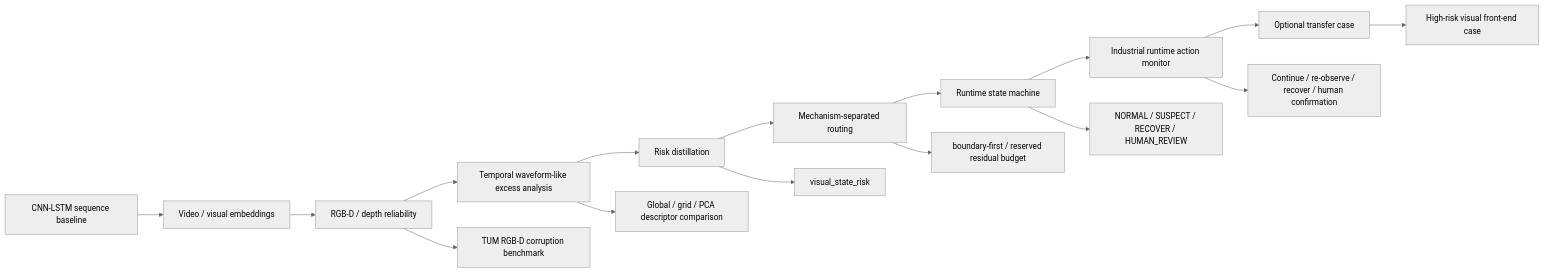
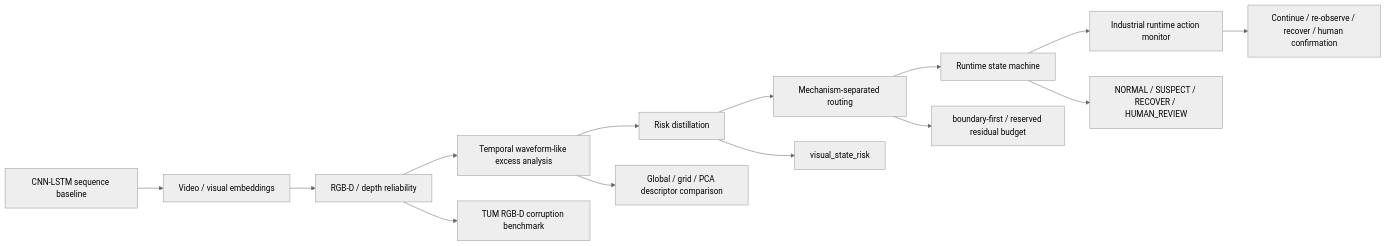
The first of 3 diagrams in docs/project_overview.md (Tengyu-w/reliability-aware-robot-perception), drawn with Mermaid (neutral theme) before and after one commit. The commit also changed other lines of this file and 22 other files, not shown here.

````diff
--- a/docs/project_overview.md
+++ b/docs/project_overview.md
@@ -24,19 +24,17 @@
 ```mermaid
 flowchart LR
     A["CNN-LSTM sequence baseline"] --> B["Video / visual embeddings"]
     B --> C["RGB-D / depth reliability"]
     C --> D["Temporal waveform-like excess analysis"]
     D --> E["Risk distillation"]
     E --> F["Mechanism-separated routing"]
     F --> H["Runtime state machine"]
     H --> G["Industrial runtime action monitor"]
-    G --> I["Optional transfer case"]
 
     C --> C1["TUM RGB-D corruption benchmark"]
     D --> D1["Global / grid / PCA descriptor comparison"]
     E --> E1["visual_state_risk"]
     F --> F1["boundary-first / reserved residual budget"]
     H --> H1["NORMAL / SUSPECT / RECOVER / HUMAN_REVIEW"]
     G --> G1["Continue / re-observe / recover / human confirmation"]
-    I --> I1["High-risk visual front-end case"]
 ```
````
